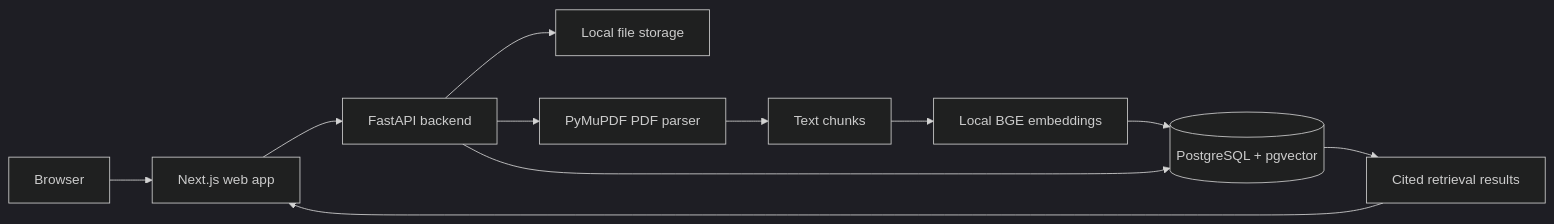
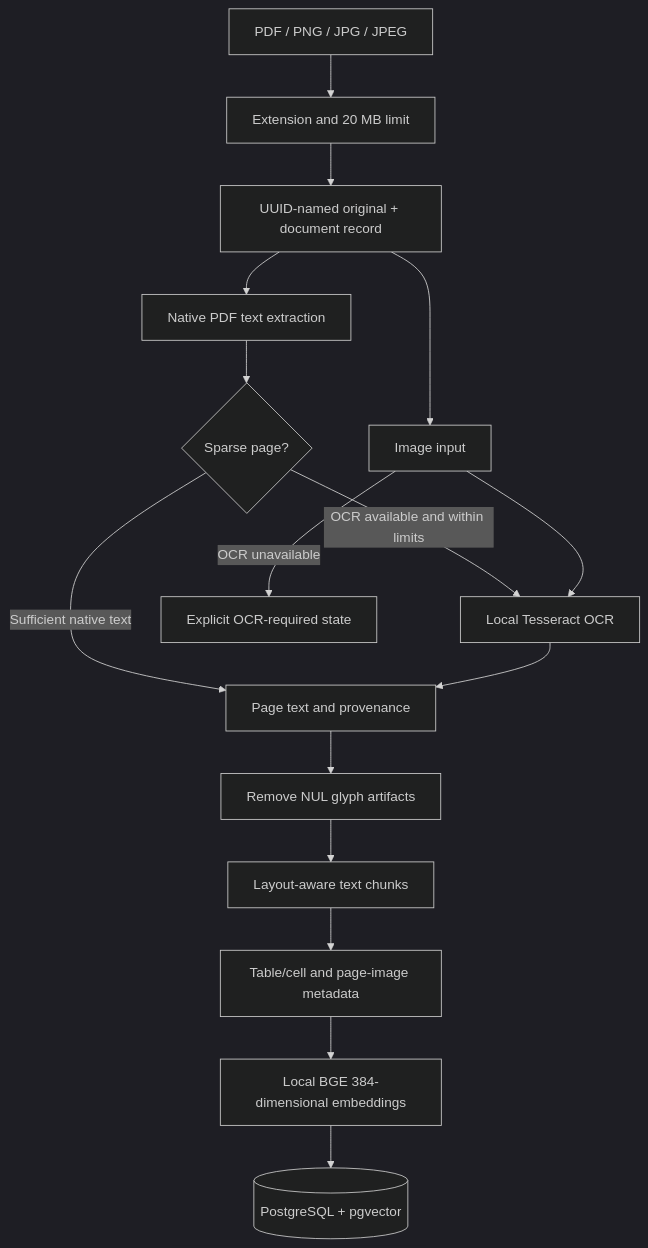
One commit to nigelcheong1/docintel-ai changed the first of 2 diagrams in docs/architecture/system-overview.md. Above: the diagram before and after it, drawn with Mermaid (dark theme). The commit also changed other lines of this file and 48 other files, not shown here.

````diff
--- a/docs/architecture/system-overview.md
+++ b/docs/architecture/system-overview.md
@@ -7,13 +20,18 @@
 ```mermaid
-flowchart LR
-  Browser[Browser] --> Web[Next.js web app]
-  Web --> API[FastAPI backend]
-  API --> Storage[Local file storage]
-  API --> Parser[PyMuPDF PDF parser]
-  Parser --> Chunks[Text chunks]
-  Chunks --> Embedder[Local BGE embeddings]
-  Embedder --> DB[(PostgreSQL + pgvector)]
-  API --> DB
-  DB --> Search[Cited retrieval results]
-  Search --> Web
+flowchart TD
+    Upload[PDF / PNG / JPG / JPEG] --> Validate[Extension and 20 MB limit]
+    Validate --> Save[UUID-named original + document record]
+    Save --> Extract[Native PDF text extraction]
+    Save --> Image[Image input]
+    Extract --> Sparse{Sparse page?}
+    Sparse -->|OCR available and within limits| OCR[Local Tesseract OCR]
+    Image --> OCR
+    Sparse -->|Sufficient native text| Text[Page text and provenance]
+    OCR --> Text
+    Text --> Clean[Remove NUL glyph artifacts]
+    Clean --> Chunk[Layout-aware text chunks]
+    Chunk --> Meta[Table/cell and page-image metadata]
+    Meta --> Embed[Local BGE 384-dimensional embeddings]
+    Embed --> DB[(PostgreSQL + pgvector)]
+    Image -->|OCR unavailable| Deferred[Explicit OCR-required state]
 ```
````
